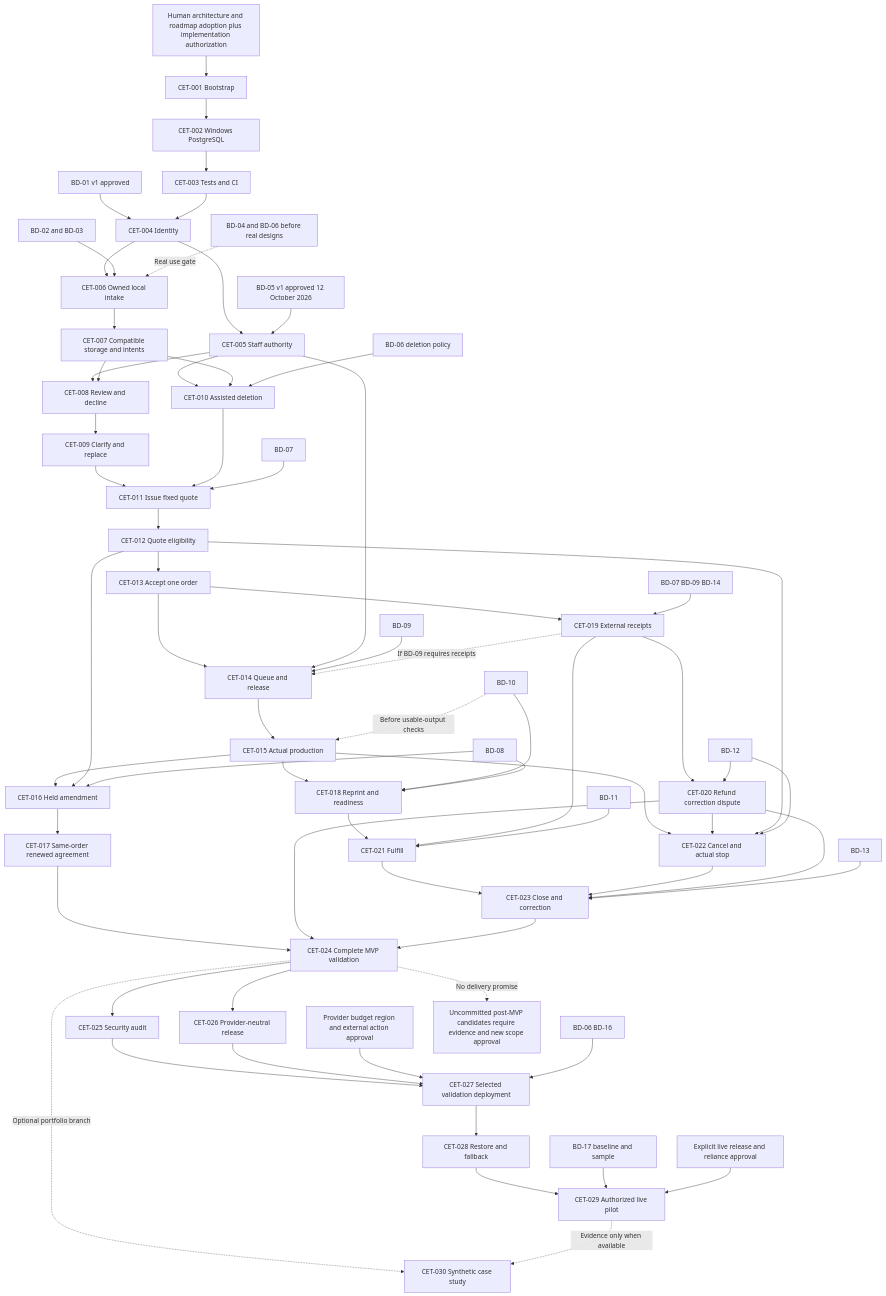
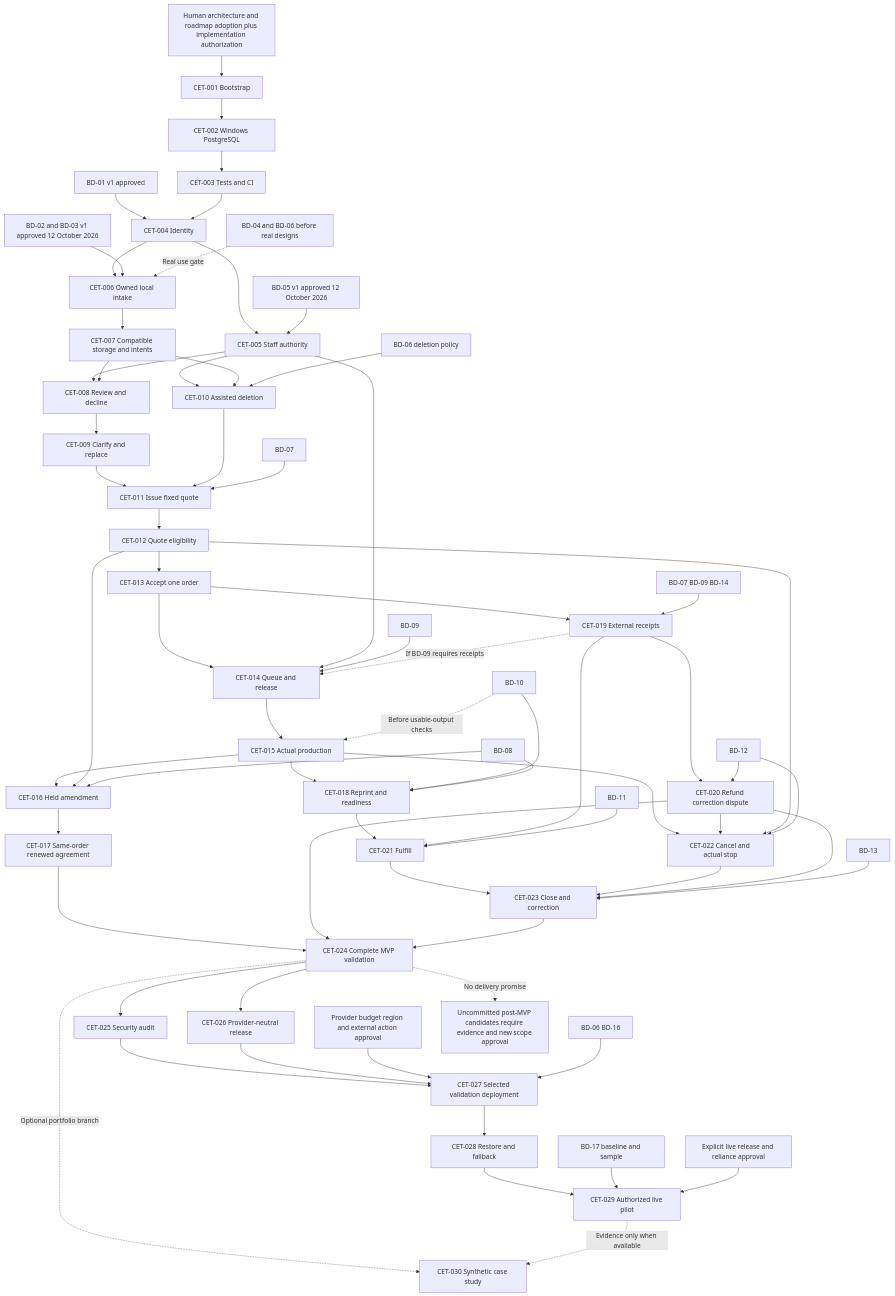
One commit to NaufalElyzar11/Cetakin-Cloud changed the diagram in docs/ROADMAP.md. Above: the diagram before and after it, drawn with Mermaid. The commit also changed other lines of this file and 5 other files, not shown here.

````diff
--- a/docs/ROADMAP.md
+++ b/docs/ROADMAP.md
@@ -480,70 +480,70 @@
 ```mermaid
 flowchart TD
   G0[Human architecture and roadmap adoption plus implementation authorization] --> C001[CET-001 Bootstrap]
   C001 --> C002[CET-002 Windows PostgreSQL]
   C002 --> C003[CET-003 Tests and CI]
   B1[BD-01 v1 approved] --> C004[CET-004 Identity]
   C003 --> C004
   C004 --> C005[CET-005 Staff authority]
   B5[BD-05 v1 approved 12 October 2026] --> C005
   C004 --> C006[CET-006 Owned local intake]
-  B23[BD-02 and BD-03] --> C006
+  B23[BD-02 and BD-03 v1 approved 12 October 2026] --> C006
   C006 --> C007[CET-007 Compatible storage and intents]
   B46[BD-04 and BD-06 before real designs] -. Real use gate .-> C006
   C005 --> C008[CET-008 Review and decline]
   C007 --> C008
   C008 --> C009[CET-009 Clarify and replace]
   C005 --> C010[CET-010 Assisted deletion]
   C007 --> C010
   B6[BD-06 deletion policy] --> C010
   C009 --> C011[CET-011 Issue fixed quote]
   C010 --> C011
   B7[BD-07] --> C011
   C011 --> C012[CET-012 Quote eligibility]
   C012 --> C013[CET-013 Accept one order]
   C013 --> C014[CET-014 Queue and release]
   C005 --> C014
   B9[BD-09] --> C014
   C014 --> C015[CET-015 Actual production]
   C013 --> C019[CET-019 External receipts]
   B714[BD-07 BD-09 BD-14] --> C019
   C019 -. If BD-09 requires receipts .-> C014
   C019 --> C020[CET-020 Refund correction dispute]
   B12[BD-12] --> C020
   C015 --> C016[CET-016 Held amendment]
   C012 --> C016
   B8[BD-08] --> C016
   C016 --> C017[CET-017 Same-order renewed agreement]
   C015 --> C018[CET-018 Reprint and readiness]
   B10[BD-10] --> C018
   B8 --> C018
   B10 -. Before usable-output checks .-> C015
   C018 --> C021[CET-021 Fulfill]
   C019 --> C021
   B11[BD-11] --> C021
   C015 --> C022[CET-022 Cancel and actual stop]
   C020 --> C022
   C012 --> C022
   B12 --> C022
   C021 --> C023[CET-023 Close and correction]
   C022 --> C023
   C020 --> C023
   B13[BD-13] --> C023
   C017 --> C024[CET-024 Complete MVP validation]
   C020 --> C024
   C023 --> C024
   C024 --> C025[CET-025 Security audit]
   C024 --> C026[CET-026 Provider-neutral release]
   C024 -. Optional portfolio branch .-> C030[CET-030 Synthetic case study]
   C025 --> C027[CET-027 Selected validation deployment]
   C026 --> C027
   Provider[Provider budget region and external action approval] --> C027
   B616[BD-06 BD-16] --> C027
   C027 --> C028[CET-028 Restore and fallback]
   C028 --> C029[CET-029 Authorized live pilot]
   B17[BD-17 baseline and sample] --> C029
   Live[Explicit live release and reliance approval] --> C029
   C029 -. Evidence only when available .-> C030
   Future[Uncommitted post-MVP candidates require evidence and new scope approval]
   C024 -. No delivery promise .-> Future
 ```
````
